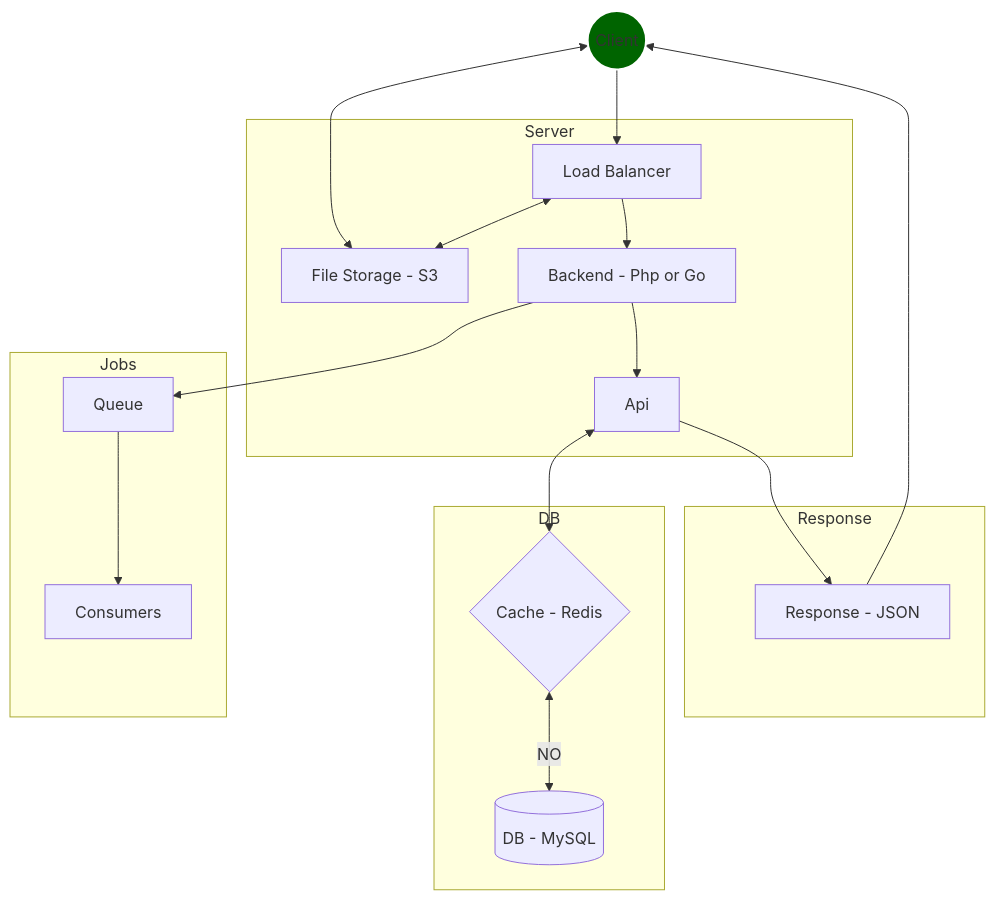
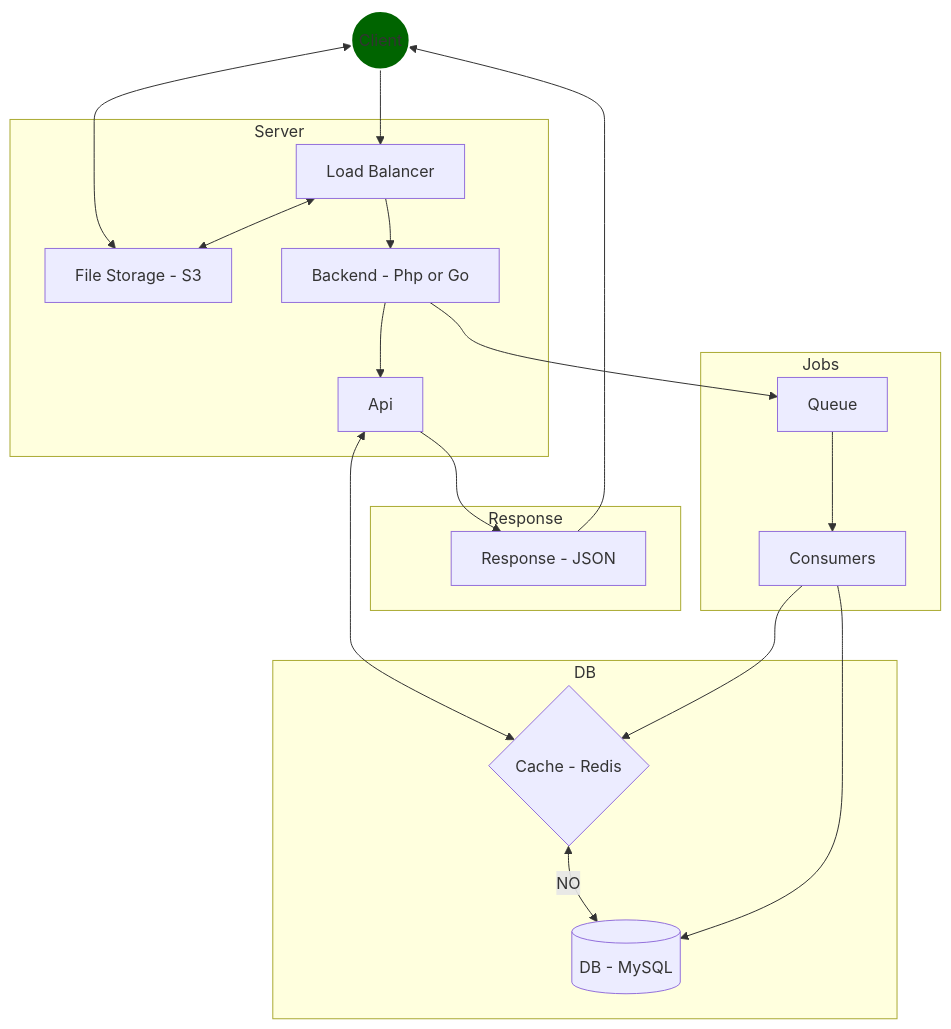
One commit to IGA/yuppy changed the diagram in Diagram.md. Above: the diagram before and after it, drawn with Mermaid.

````diff
--- a/Diagram.md
+++ b/Diagram.md
@@ -1,38 +1,40 @@
 ```mermaid
 flowchart TB
   style A fill:#006400,stroke:#fff,stroke-width:2px
   A((Client))
 
   subgraph Response
     K[Response - JSON]
   end
 
   subgraph Server
     B[Load Balancer]
     C[File Storage - S3]
     D[Backend - Php or Go]
     E[Api]
   end
 
   subgraph DB
     G{Cache - Redis}
     H[(DB - MySQL)]
   end
 
   subgraph Jobs
     I[Queue]
     J[Consumers]
   end
 
   A --> B
   A <--> C
   B <--> C
   B --> D
   D --> E
   E <--> G
   G <-- NO --> H
   D --> I
   K --> A
   I --> J
   E --> K
+  J --> H
+  J --> G
 ```
````
